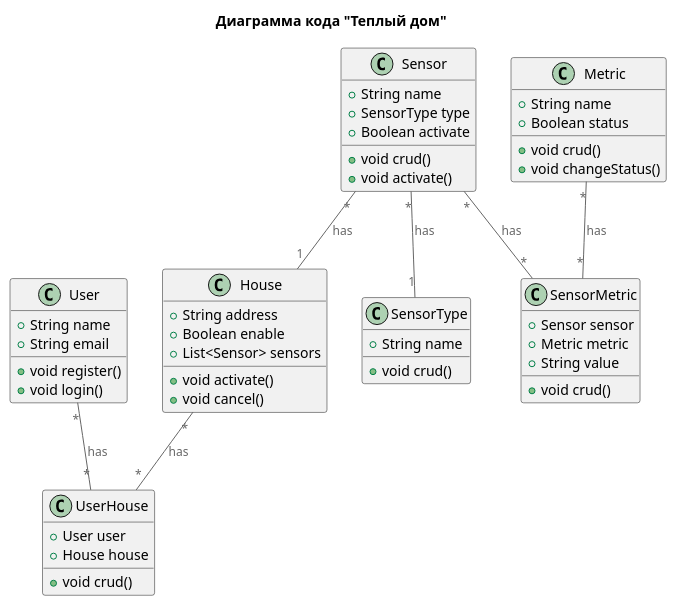
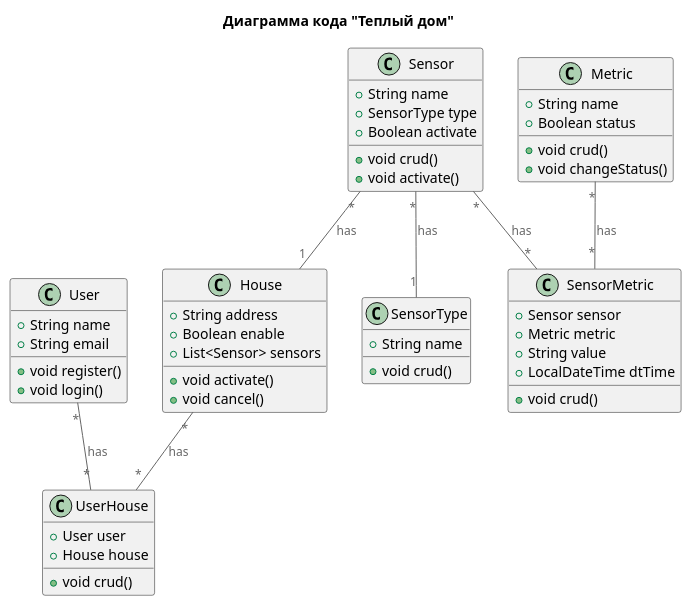
Before and after one commit to EvgenyVart/sprint3: the diagram in diagrams/code/code.puml, drawn with PlantUML. The commit also changed 1 other file, not shown here.

```diff
--- a/diagrams/code/code.puml
+++ b/diagrams/code/code.puml
@@ -1,64 +1,65 @@
 @startuml
 !includeurl https://raw.githubusercontent.com/RicardoNiepel/C4-PlantUML/master/C4_Component.puml
 
 title Диаграмма кода "Теплый дом"
 
 top to bottom direction
 
 class User {
   +String name
   +String email
   +void register()
   +void login()
 }
 
 class House {
   +String address
   +Boolean enable
   +List<Sensor> sensors
   +void activate()
   +void cancel()
 }
 
 class UserHouse {
   +User user
   +House house
   +void crud()
 }
 
 class SensorType {
   +String name
   +void crud()
 }
 
 class Sensor {
   +String name
   +SensorType type
   +Boolean activate
   +void crud()
   +void activate()
 }
 
 class Metric {
   +String name
   +Boolean status
   +void crud()
   +void changeStatus()
 }
 
 class SensorMetric {
   +Sensor sensor
   +Metric metric
   +String value
+  +LocalDateTime dtTime
   +void crud()
 }
 
 
 User "*" -- "*" UserHouse : has
 House "*" -- "*" UserHouse : has
 Sensor "*" -- "1" House : has
 Sensor "*" -- "1" SensorType : has
 Sensor "*" -- "*" SensorMetric : has
 Metric "*" -- "*" SensorMetric : has
 
 @enduml
```
